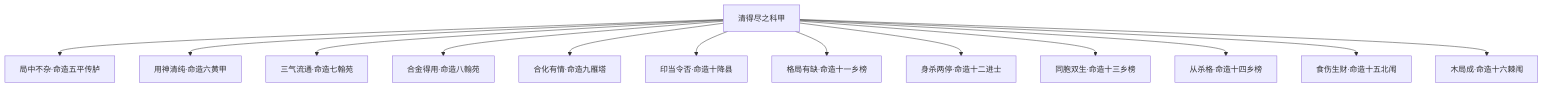
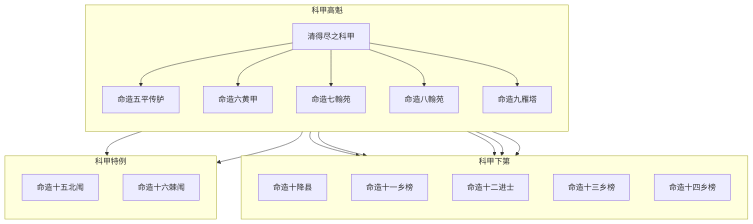
Before and after one commit to Banny-Gao/mingli-research: the second of 4 diagrams in books/滴天髓阐微/articles/出身/interpretation.md, drawn with Mermaid. The commit also changed other lines of this file and 41 other files, not shown here.

````diff
--- a/books/滴天髓阐微/articles/出身/interpretation.md
+++ b/books/滴天髓阐微/articles/出身/interpretation.md
@@ -273,15 +307,28 @@
 ```mermaid
 flowchart TD
-    A[清得尽之科甲] --> B[局中不杂·命造五平传胪]
-    A --> C[用神清纯·命造六黄甲]
-    A --> D[三气流通·命造七翰苑]
-    A --> E[合金得用·命造八翰苑]
-    A --> F[合化有情·命造九雁塔]
-    A --> G[印当令否·命造十降县]
-    A --> H[格局有缺·命造十一乡榜]
-    A --> I[身杀两停·命造十二进士]
-    A --> J[同胞双生·命造十三乡榜]
-    A --> K[从杀格·命造十四乡榜]
-    A --> L[食伤生财·命造十五北闱]
-    A --> M[木局成·命造十六棘闱]
+    A[清得尽之科甲]
+
+    subgraph HIGHER["科甲高魁"]
+        direction TD
+        A --> B[命造五平传胪]
+        A --> C[命造六黄甲]
+        A --> D[命造七翰苑]
+        A --> E[命造八翰苑]
+        A --> F[命造九雁塔]
+    end
+
+    subgraph LOWER["科甲下第"]
+        direction TD
+        A --> G[命造十降县]
+        A --> H[命造十一乡榜]
+        A --> I[命造十二进士]
+        A --> J[命造十三乡榜]
+        A --> K[命造十四乡榜]
+    end
+
+    subgraph SPECIAL["科甲特例"]
+        direction TD
+        A --> L[命造十五北闱]
+        A --> M[命造十六棘闱]
+    end
 ```
````
